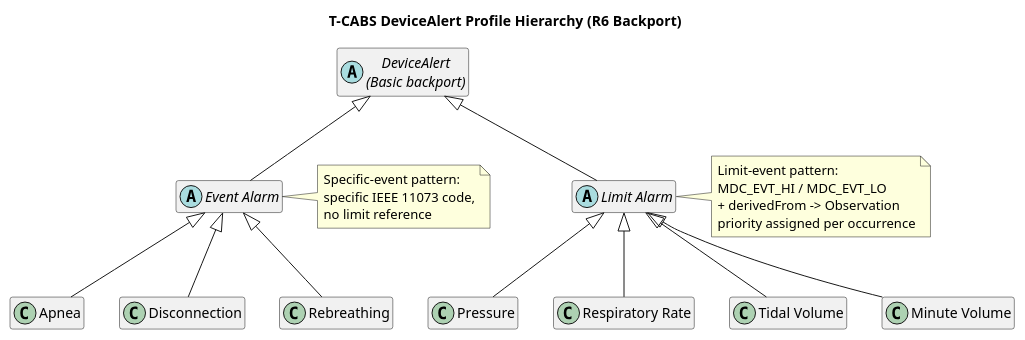
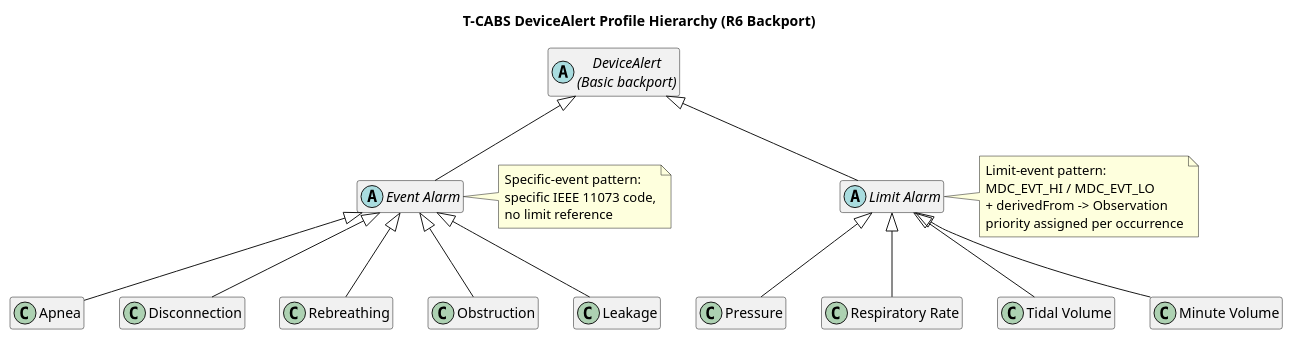
Before and after one commit to BIH-CEI/T-CABS: the diagram in input/images-source/t-cabs-devicealert-hierarchy.plantuml, drawn with PlantUML. The commit also changed 3 other files, not shown here.

Commit message:
Updated the DeviceAlert hierarchy UML

```diff
--- a/input/images-source/t-cabs-devicealert-hierarchy.plantuml
+++ b/input/images-source/t-cabs-devicealert-hierarchy.plantuml
@@ -1,45 +1,49 @@
 @startuml t-cabs-devicealert-hierarchy
 title T-CABS DeviceAlert Profile Hierarchy (R6 Backport)
 hide empty members
 skinparam classAttributeIconSize 0
 skinparam shadowing false
 
 abstract class "DeviceAlert\n(Basic backport)" as Base
 abstract class "Event Alarm" as Event
 abstract class "Limit Alarm" as Limit
 
 class "Apnea" as Apnea
 class "Disconnection" as Disconnection
 class "Rebreathing" as Rebreathing
+class "Obstruction" as Obstruction
+class "Leakage" as Leakage
 
 class "Pressure" as Druck
 class "Respiratory Rate" as Atemfrequenz
 class "Tidal Volume" as Tidalvolumen
 class "Minute Volume" as Minutenvolumen
 
 Base <|-- Event
 Base <|-- Limit
 
 Event <|-- Apnea
 Event <|-- Disconnection
 Event <|-- Rebreathing
+Event <|-- Obstruction
+Event <|-- Leakage
 
 Limit <|-- Druck
 Limit <|-- Atemfrequenz
 Limit <|-- Tidalvolumen
 Limit <|-- Minutenvolumen
 
 note right of Event
   Specific-event pattern:
   specific IEEE 11073 code,
   no limit reference
 end note
 
 note right of Limit
   Limit-event pattern:
   MDC_EVT_HI / MDC_EVT_LO
   + derivedFrom -> Observation
   priority assigned per occurrence
 end note
 
 @enduml
```
